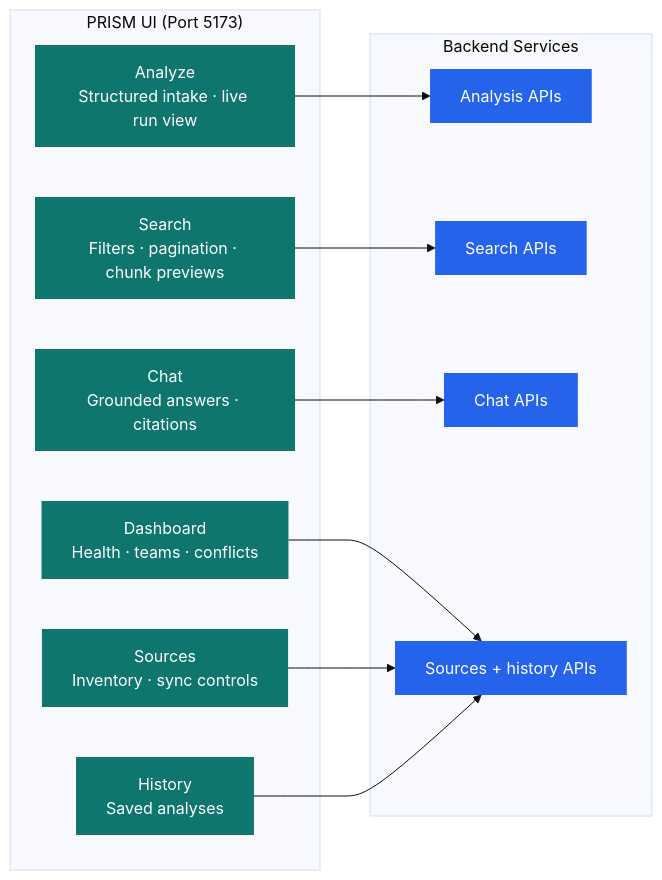
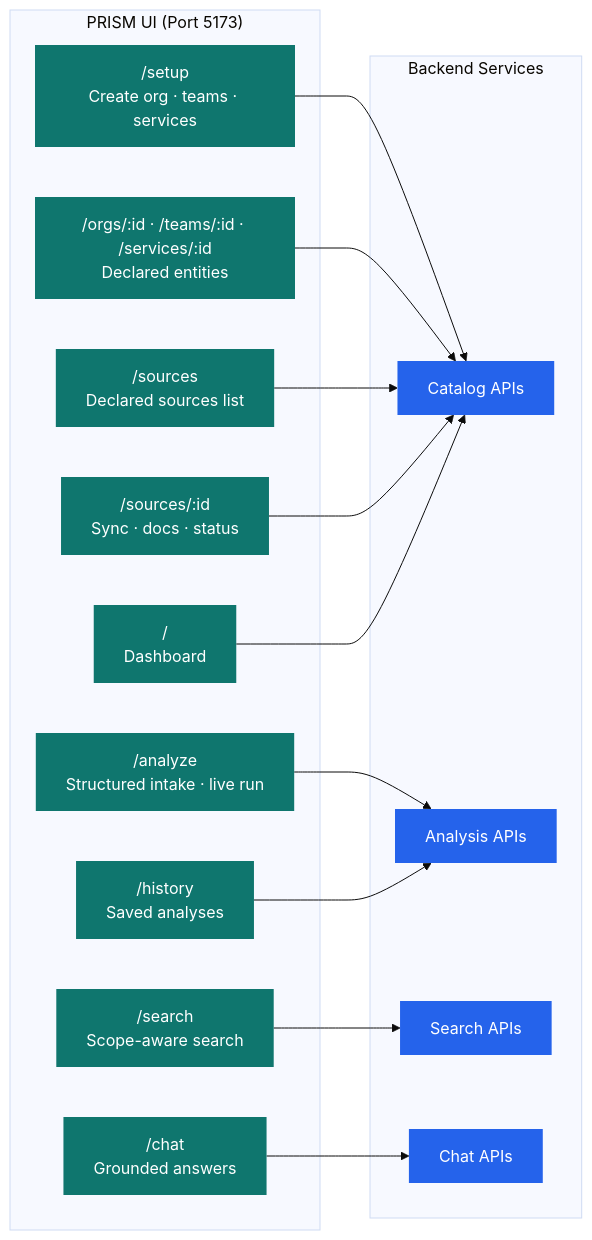
Before and after one commit to gurungabit/prism: the fourth of 6 diagrams in docs/architecture.md, drawn with Mermaid (base theme). The commit also changed other lines of this file and 261 other files, not shown here.

First line of the commit message:
feat(catalog): declarative org/team/service/source model + drop legacy seed

````diff
--- a/docs/architecture.md
+++ b/docs/architecture.md
@@ -90,31 +210,37 @@
 ```mermaid
 graph LR
     subgraph UI["PRISM UI (Port 5173)"]
-        D["Dashboard<br/>Health · teams · conflicts"]
-        A["Analyze<br/>Structured intake · live run view"]
-        S["Search<br/>Filters · pagination · chunk previews"]
-        C["Chat<br/>Grounded answers · citations"]
-        SO["Sources<br/>Inventory · sync controls"]
-        H["History<br/>Saved analyses"]
+        SETUP["/setup<br/>Create org · teams · services"]
+        D["/<br/>Dashboard"]
+        A["/analyze<br/>Structured intake · live run"]
+        S["/search<br/>Scope-aware search"]
+        C["/chat<br/>Grounded answers"]
+        SO["/sources<br/>Declared sources list"]
+        SDET["/sources/:id<br/>Sync · docs · status"]
+        ORG["/orgs/:id · /teams/:id · /services/:id<br/>Declared entities"]
+        H["/history<br/>Saved analyses"]
     end
 
     subgraph API["Backend Services"]
+        CAT["Catalog APIs"]
         ANALYSIS["Analysis APIs"]
         SEARCHAPI["Search APIs"]
         CHATAPI["Chat APIs"]
-        SOURCEAPI["Sources + history APIs"]
     end
 
-    D --> SOURCEAPI
+    SETUP --> CAT
+    ORG --> CAT
+    SO --> CAT
+    SDET --> CAT
+    D --> CAT
     A --> ANALYSIS
     S --> SEARCHAPI
     C --> CHATAPI
-    SO --> SOURCEAPI
-    H --> SOURCEAPI
+    H --> ANALYSIS
 
     classDef ui fill:#0f766e,color:#fff,stroke:none;
     classDef api fill:#2563eb,color:#fff,stroke:none;
 
-    class D,A,S,C,SO,H ui;
-    class ANALYSIS,SEARCHAPI,CHATAPI,SOURCEAPI api;
+    class SETUP,D,A,S,C,SO,SDET,ORG,H ui;
+    class CAT,ANALYSIS,SEARCHAPI,CHATAPI api;
 ```
````
